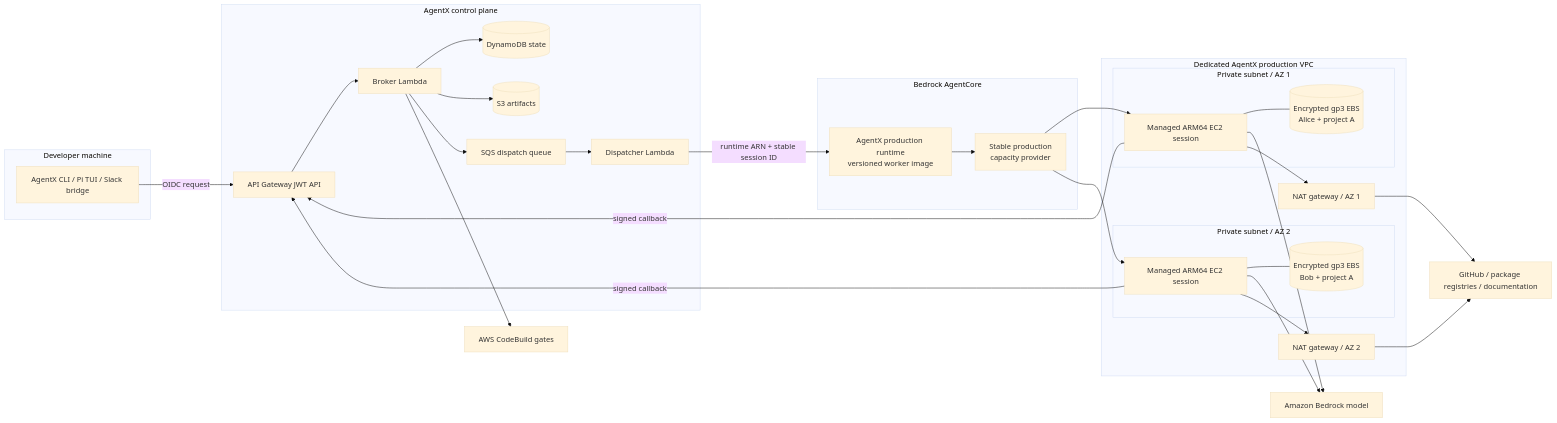
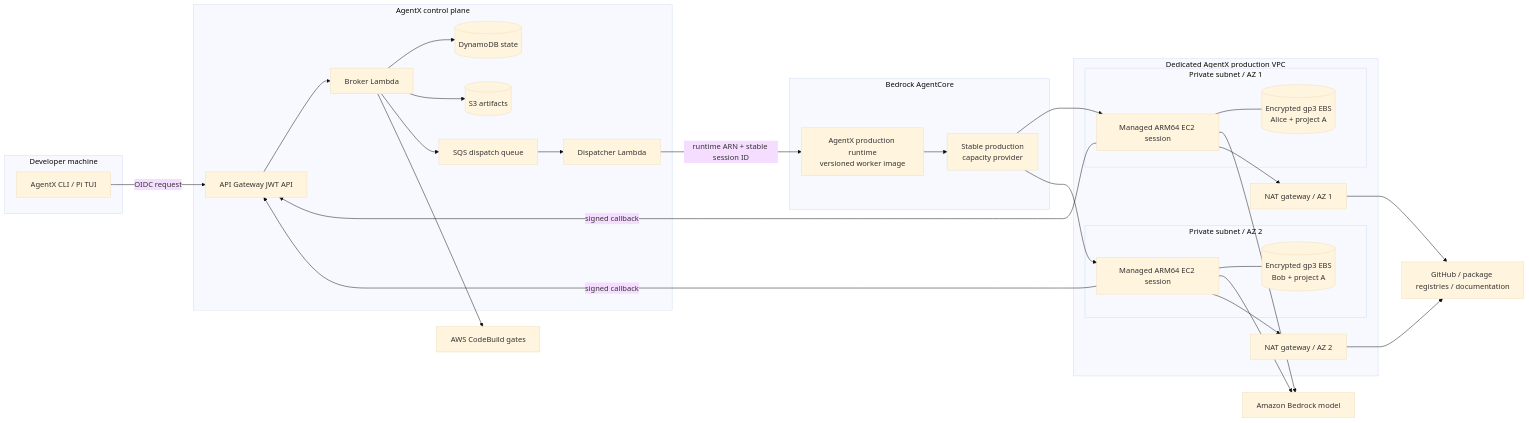
One commit to PrepLabsAI/Rovara changed the first of 2 diagrams in docs/architecture-production.md. Above: the diagram before and after it, drawn with Mermaid (base theme). The commit also changed other lines of this file and 10 other files, not shown here.

First line of the commit message:
feat(slack): retire the local Socket Mode bridge

````diff
--- a/docs/architecture-production.md
+++ b/docs/architecture-production.md
@@ -8,55 +8,55 @@
 ```mermaid
 flowchart LR
   subgraph Developer[Developer machine]
-    Client[AgentX CLI / Pi TUI / Slack bridge]
+    Client[AgentX CLI / Pi TUI]
   end
 
   subgraph Control[AgentX control plane]
     API[API Gateway JWT API]
     Broker[Broker Lambda]
     Queue[SQS dispatch queue]
     Dispatcher[Dispatcher Lambda]
     State[(DynamoDB state)]
     Artifacts[(S3 artifacts)]
   end
 
   subgraph Runtime[Bedrock AgentCore]
     RuntimeApi[AgentX production runtime\nversioned worker image]
     Capacity[Stable production\ncapacity provider]
   end
 
   subgraph VPC[Dedicated AgentX production VPC]
     subgraph PrivateA[Private subnet / AZ 1]
       InstanceA[Managed ARM64 EC2 session]
       EbsA[(Encrypted gp3 EBS\nAlice + project A)]
     end
     subgraph PrivateB[Private subnet / AZ 2]
       InstanceB[Managed ARM64 EC2 session]
       EbsB[(Encrypted gp3 EBS\nBob + project A)]
     end
     NatA[NAT gateway / AZ 1]
     NatB[NAT gateway / AZ 2]
   end
 
   Bedrock[Amazon Bedrock model]
   GitHub[GitHub / package registries / documentation]
   CodeBuild[AWS CodeBuild gates]
 
   Client -->|OIDC request| API --> Broker
   Broker --> State
   Broker --> Artifacts
   Broker --> Queue --> Dispatcher
   Dispatcher -->|runtime ARN + stable session ID| RuntimeApi
   RuntimeApi --> Capacity
   Capacity --> InstanceA
   Capacity --> InstanceB
   InstanceA --- EbsA
   InstanceB --- EbsB
   InstanceA --> Bedrock
   InstanceB --> Bedrock
   InstanceA --> NatA --> GitHub
   InstanceB --> NatB --> GitHub
   InstanceA -->|signed callback| API
   InstanceB -->|signed callback| API
   Broker --> CodeBuild
 ```
````
